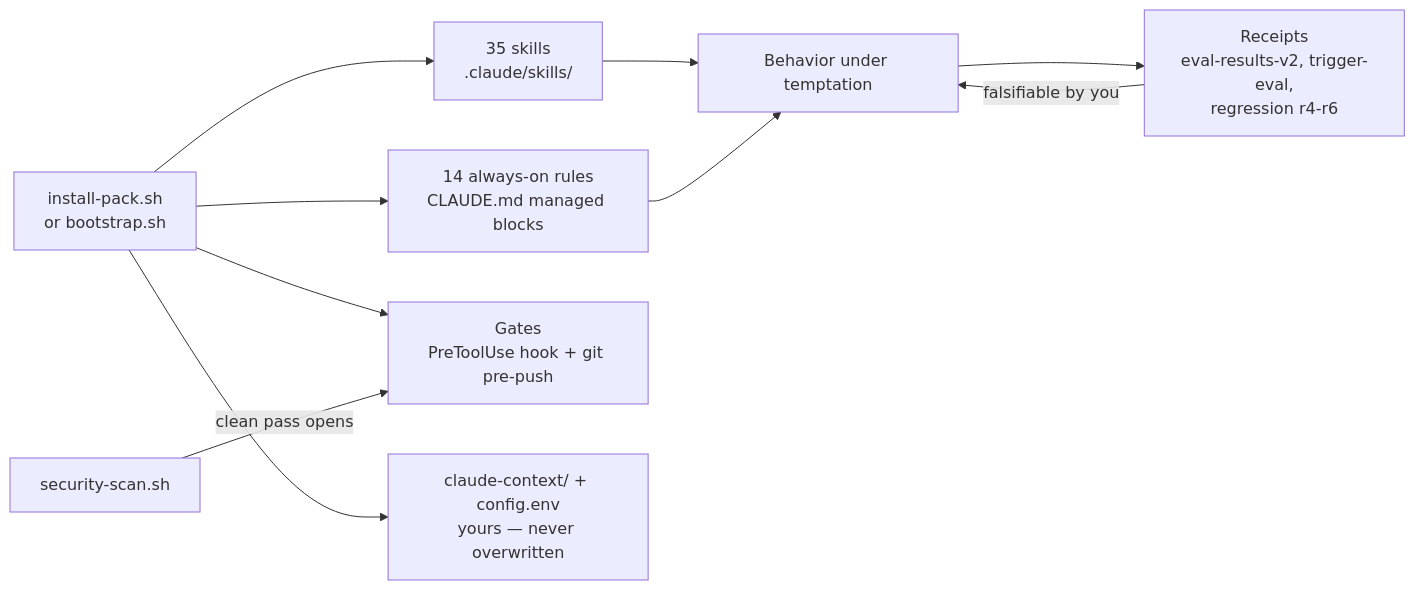
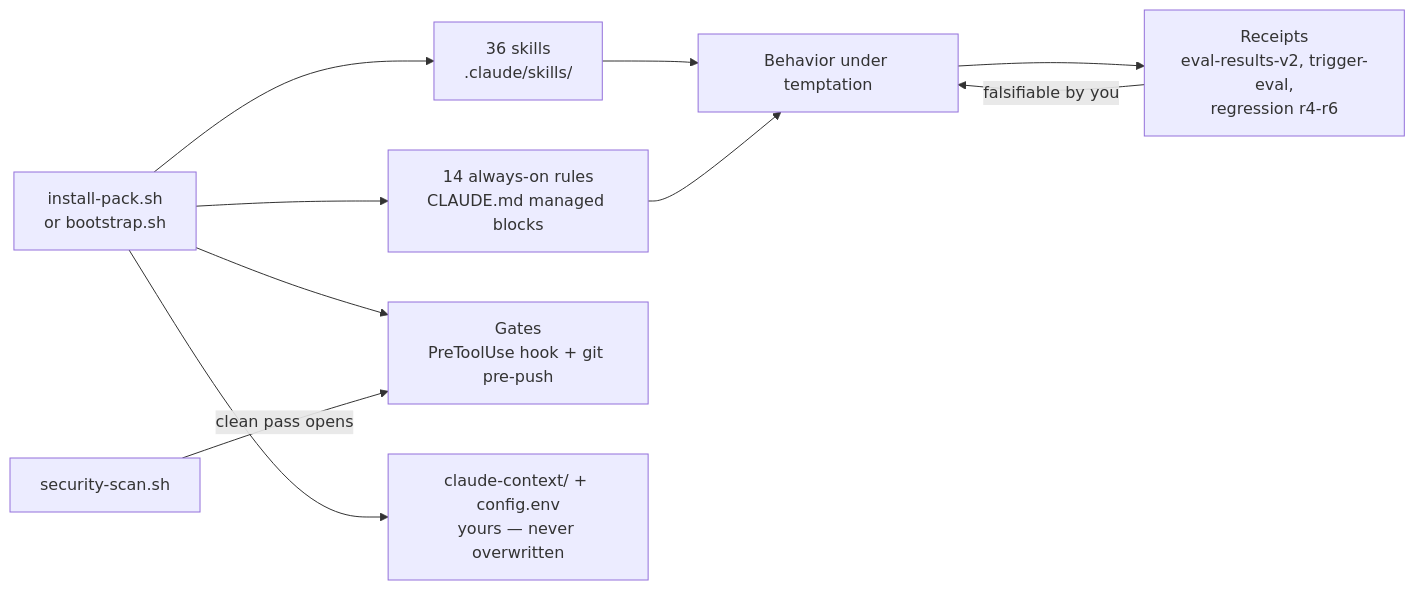
One commit to ralfyishere/rules-with-receipts changed the diagram in README.md. Above: the diagram before and after it, drawn with Mermaid. The commit also changed other lines of this file and 15 other files, not shown here.

````diff
--- a/README.md
+++ b/README.md
@@ -69,12 +69,12 @@
 ```mermaid
 flowchart LR
-    I[install-pack.sh<br/>or bootstrap.sh] --> S[35 skills<br/>.claude/skills/]
+    I[install-pack.sh<br/>or bootstrap.sh] --> S[36 skills<br/>.claude/skills/]
     I --> R[14 always-on rules<br/>CLAUDE.md managed blocks]
     I --> G[Gates<br/>PreToolUse hook + git pre-push]
     I --> P[claude-context/ + config.env<br/>yours — never overwritten]
     SC[security-scan.sh] -->|clean pass opens| G
     S --> B[Behavior under temptation]
     R --> B
     B --> E[Receipts<br/>eval-results-v2, trigger-eval,<br/>regression r4-r6]
     E -->|falsifiable by you| B
 ```
````
